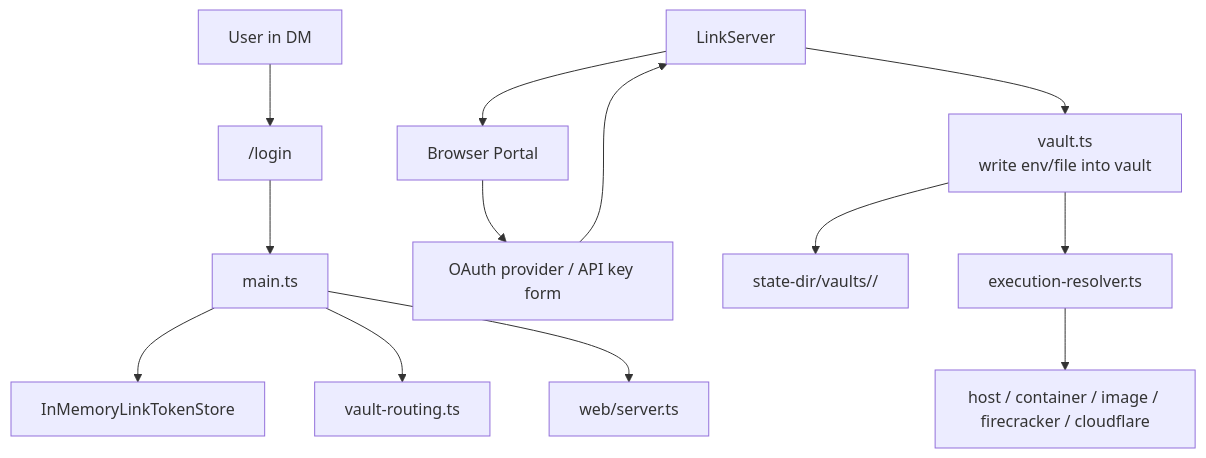
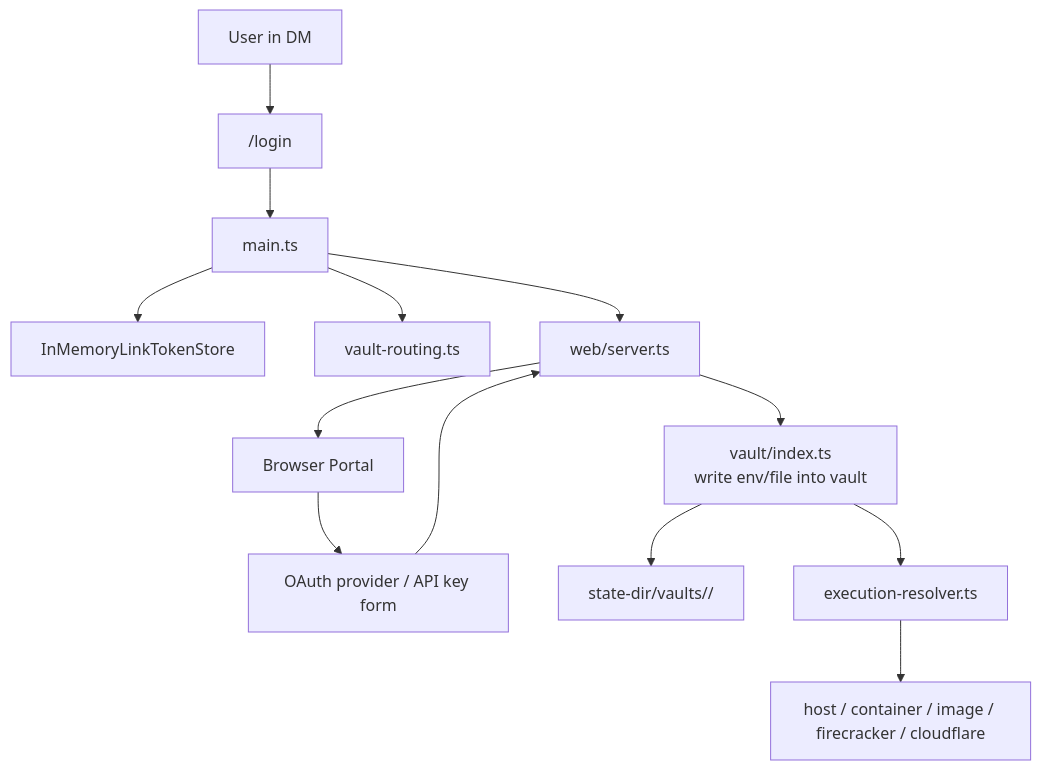
One commit to geminixiang/mikan changed the second of 2 diagrams in src/content/docs/ja/architecture.md. Above: the diagram before and after it, drawn with Mermaid. The commit also changed other lines of this file and 76 other files, not shown here.

````diff
--- a/src/content/docs/ja/architecture.md
+++ b/src/content/docs/ja/architecture.md
@@ -169,15 +176,15 @@
 ```mermaid
 flowchart TD
   User["User in DM"] --> LoginCmd["/login"]
   LoginCmd --> Main["main.ts"]
   Main --> LinkToken["InMemoryLinkTokenStore"]
   Main --> VaultRouting["vault-routing.ts"]
   Main --> WebServer["web/server.ts"]
-  LinkServer --> Browser["Browser Portal"]
+  WebServer --> Browser["Browser Portal"]
   Browser --> OAuth["OAuth provider / API key form"]
-  OAuth --> LinkServer
-  LinkServer --> VaultManager["vault.ts\nwrite env/file into vault"]
+  OAuth --> WebServer
+  WebServer --> VaultManager["vault/index.ts\nwrite env/file into vault"]
   VaultManager --> VaultDir["state-dir/vaults/<vaultId>/"]
   VaultManager --> Resolver["execution-resolver.ts"]
   Resolver --> Sandbox["host / container / image / firecracker / cloudflare"]
 ```
````
